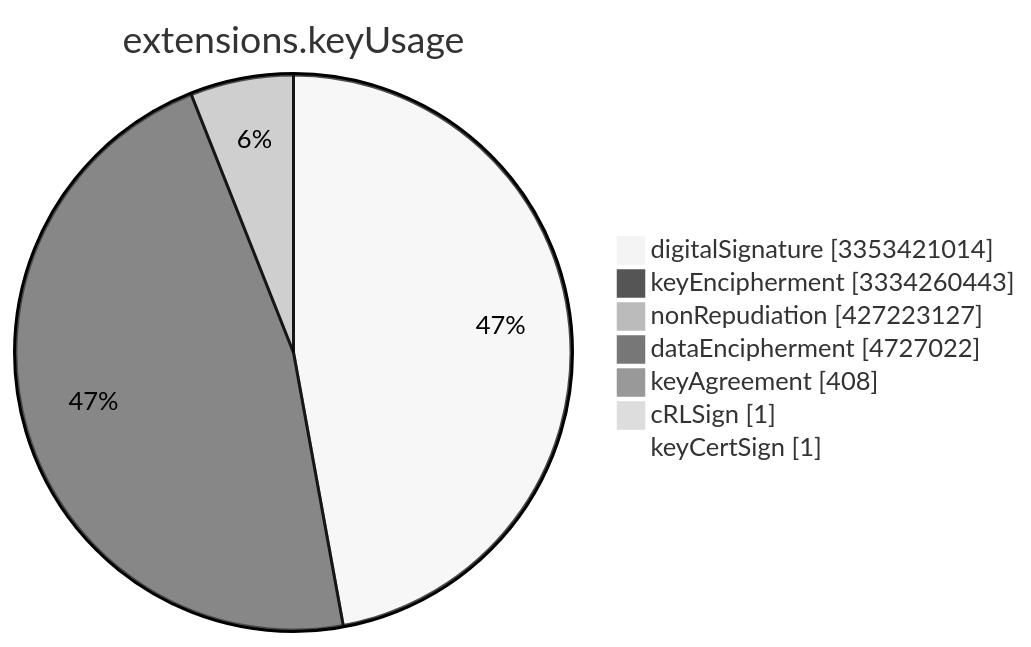
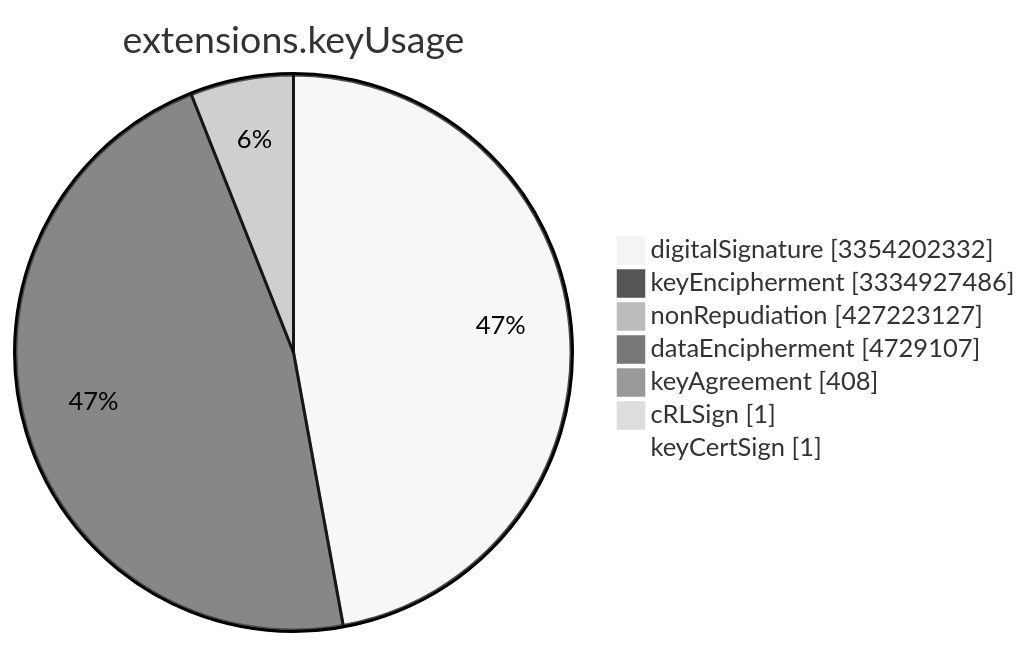
The sixth of 15 diagrams in TOTAL/README.md (christiankrug/ctmonitor_visualization), drawn with Mermaid (neutral theme) before and after one commit. The commit also changed other lines of this file, not shown here.

````diff
--- a/TOTAL/README.md
+++ b/TOTAL/README.md
@@ -3079,11 +3079,11 @@
 ```mermaid
 pie showData
 title extensions.keyUsage
-"digitalSignature" :3353421014
-"keyEncipherment" :3334260443
+"digitalSignature" :3354202332
+"keyEncipherment" :3334927486
 "nonRepudiation" :427223127
-"dataEncipherment" :4727022
+"dataEncipherment" :4729107
 "keyAgreement" :408
 "cRLSign" :1
 "keyCertSign" :1
 ```
````
